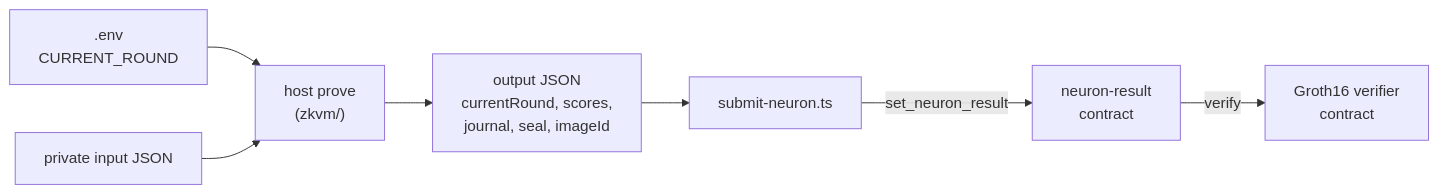
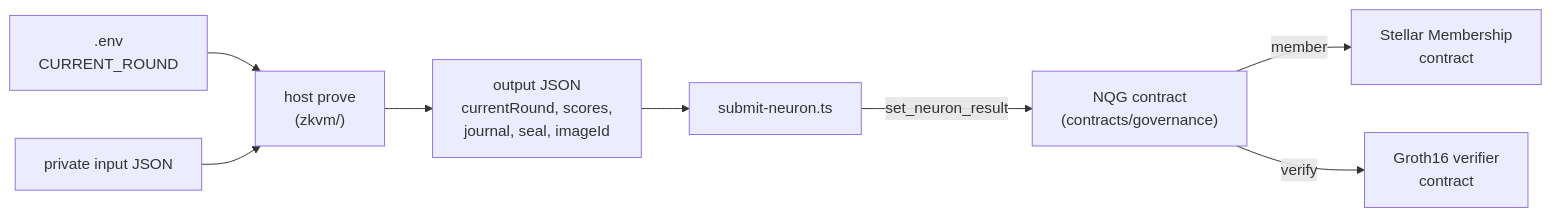
One commit to bartkrak/NQG-setup-stellar-members changed the diagram in README.md. Above: the diagram before and after it, drawn with Mermaid. The commit also changed other lines of this file and 9 other files, not shown here.

Commit message:
move script and delete zkvm contract

````diff
--- a/README.md
+++ b/README.md
@@ -39,9 +47,10 @@
 ```mermaid
 flowchart LR
     env[".env<br/>CURRENT_ROUND"] --> host
     input["private input JSON"] --> host["host prove<br/>(zkvm/)"]
     host --> output["output JSON<br/>currentRound, scores,<br/>journal, seal, imageId"]
     output --> script["submit-neuron.ts"]
-    script -->|set_neuron_result| contract["neuron-result<br/>contract"]
+    script -->|set_neuron_result| contract["NQG contract<br/>(contracts/governance)"]
+    contract -->|member| membership["Stellar Membership<br/>contract"]
     contract -->|verify| verifier["Groth16 verifier<br/>contract"]
 ```
````
